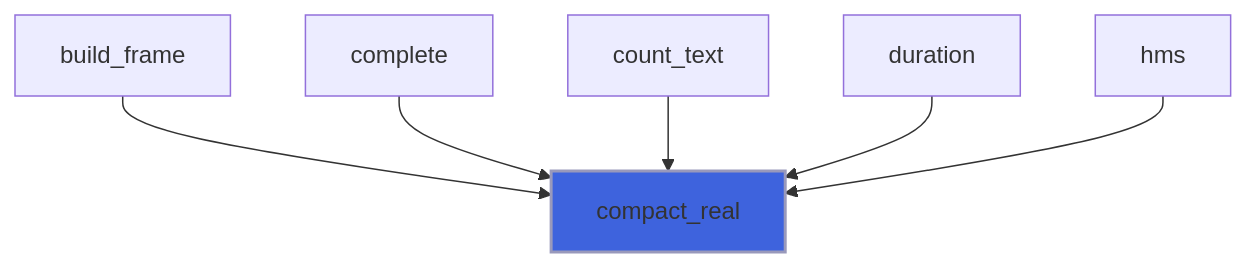
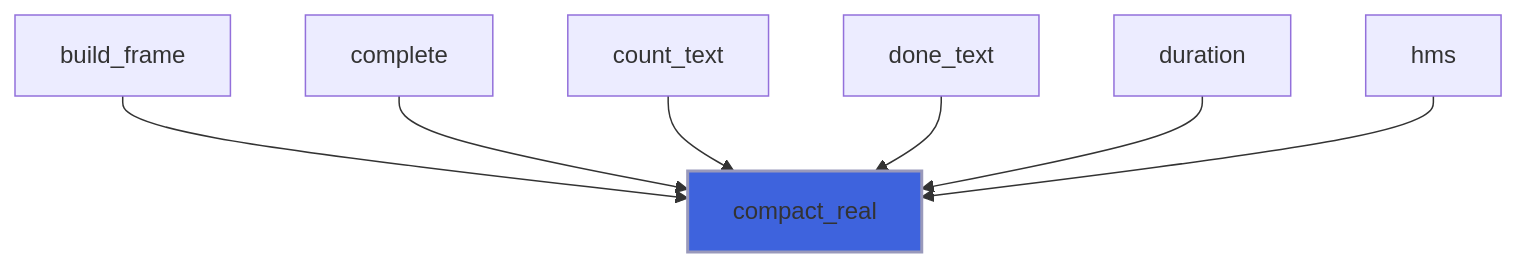
One commit to szaghi/forbear changed diagram 23 of 33 in docs/api/src/lib/forbear_bar_object.md. Above: the diagram before and after it, drawn with Mermaid. The commit also changed other lines of this file and 28 other files, not shown here.

````diff
--- a/docs/api/src/lib/forbear_bar_object.md
+++ b/docs/api/src/lib/forbear_bar_object.md
@@ -766,9 +833,10 @@
 ```mermaid
 flowchart TD
   build_frame["build_frame"] --> compact_real["compact_real"]
   complete["complete"] --> compact_real["compact_real"]
   count_text["count_text"] --> compact_real["compact_real"]
+  done_text["done_text"] --> compact_real["compact_real"]
   duration["duration"] --> compact_real["compact_real"]
   hms["hms"] --> compact_real["compact_real"]
   style compact_real fill:#3e63dd,stroke:#99b,stroke-width:2px
 ```
````
